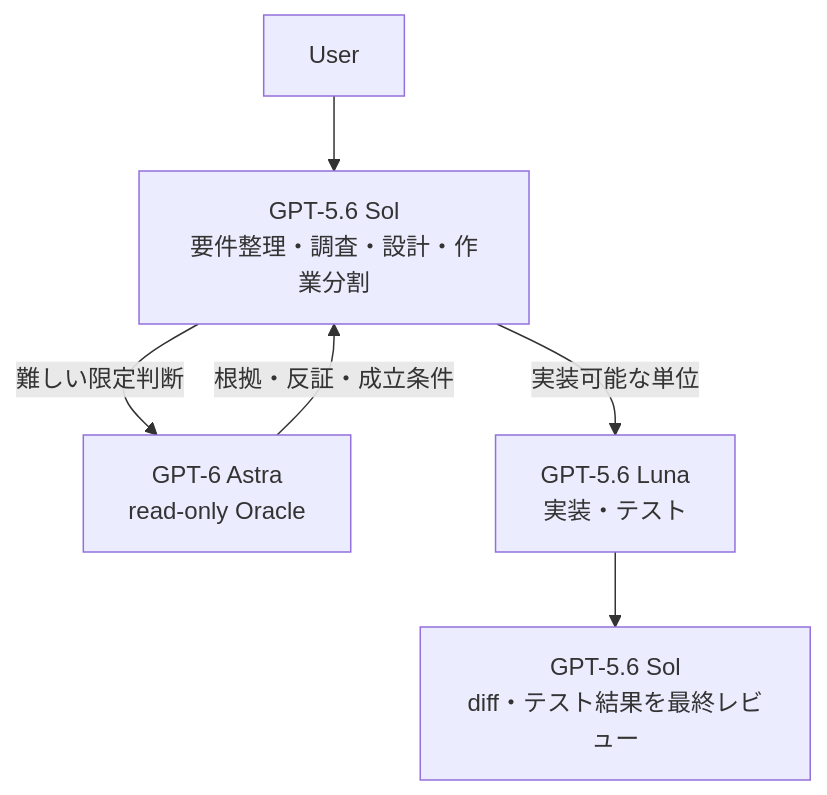
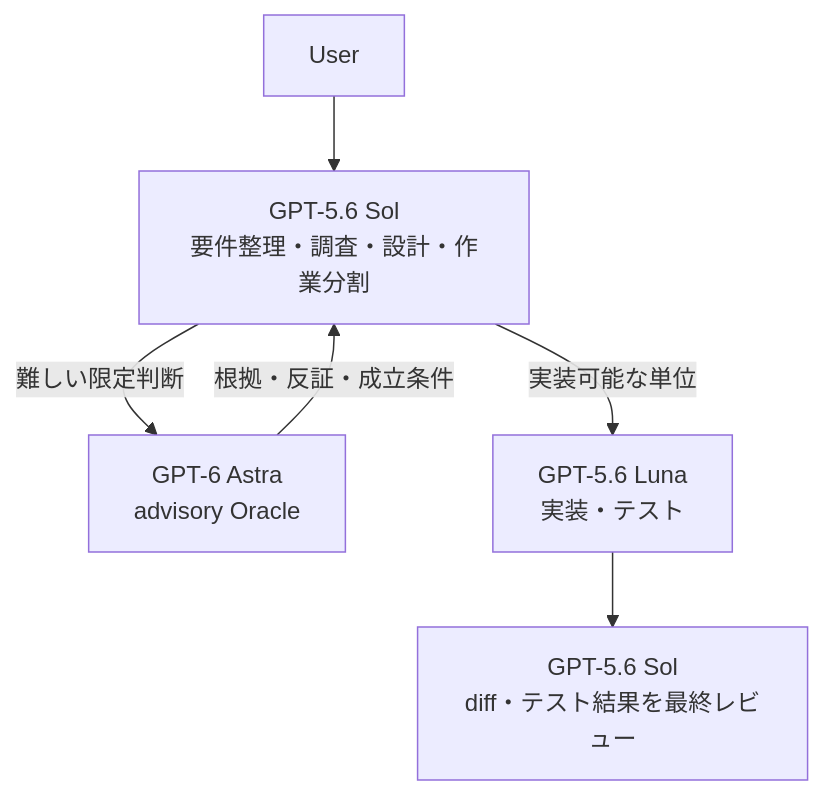
The first of 3 diagrams in README.md (whitedoll99/codex-exosphere), drawn with Mermaid before and after one commit. The commit also changed other lines of this file and 2 other files, not shown here.

Commit message:
docs: clarify Astra boundary and prepare v0.2.0

````diff
--- a/README.md
+++ b/README.md
@@ -22,8 +22,8 @@
 ```mermaid
 flowchart TD
     U["User"] --> S1["GPT-5.6 Sol<br/>要件整理・調査・設計・作業分割"]
-    S1 -->|"難しい限定判断"| A["GPT-6 Astra<br/>read-only Oracle"]
+    S1 -->|"難しい限定判断"| A["GPT-6 Astra<br/>advisory Oracle"]
     A -->|"根拠・反証・成立条件"| S1
     S1 -->|"実装可能な単位"| L["GPT-5.6 Luna<br/>実装・テスト"]
     L --> S2["GPT-5.6 Sol<br/>diff・テスト結果を最終レビュー"]
 ```
````
